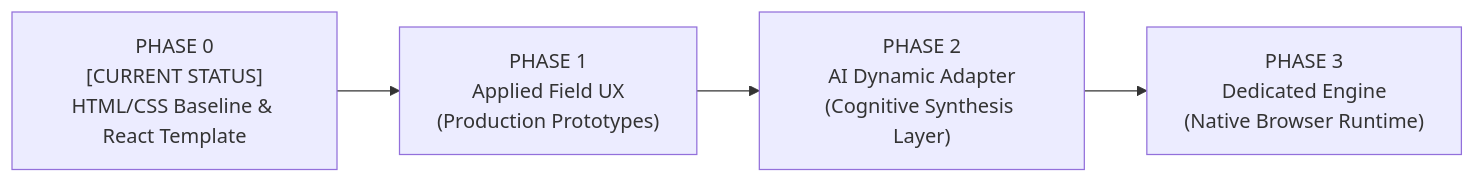
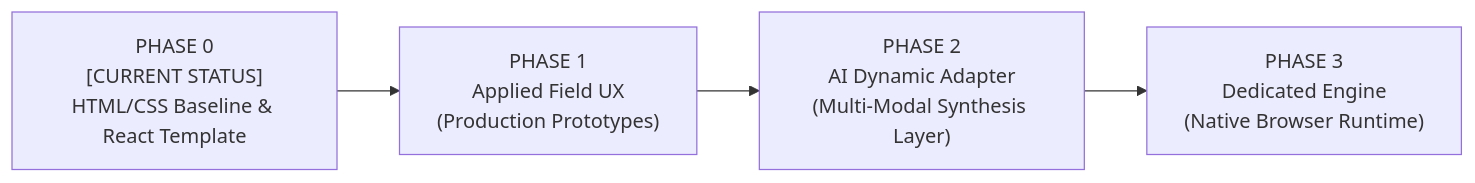
One commit to sixima-electric/sixima changed the second of 2 diagrams in README.md. Above: the diagram before and after it, drawn with Mermaid. The commit also changed other lines of this file, not shown here.

````diff
--- a/README.md
+++ b/README.md
@@ -122,8 +125,8 @@
 ```mermaid
 flowchart LR
     P0["PHASE 0<br/>[CURRENT STATUS]<br/>HTML/CSS Baseline & React Template"] 
     --> P1["PHASE 1<br/>Applied Field UX<br/>(Production Prototypes)"]
-    --> P2["PHASE 2<br/>AI Dynamic Adapter<br/>(Cognitive Synthesis Layer)"] 
+    --> P2["PHASE 2<br/>AI Dynamic Adapter<br/>(Multi-Modal Synthesis Layer)"] 
     --> P3["PHASE 3<br/>Dedicated Engine<br/>(Native Browser Runtime)"]
 
 ```
````
